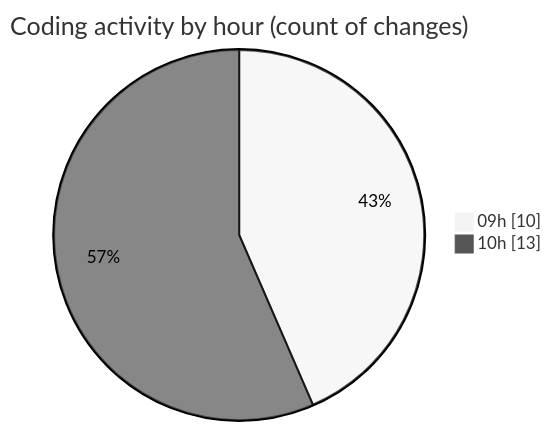
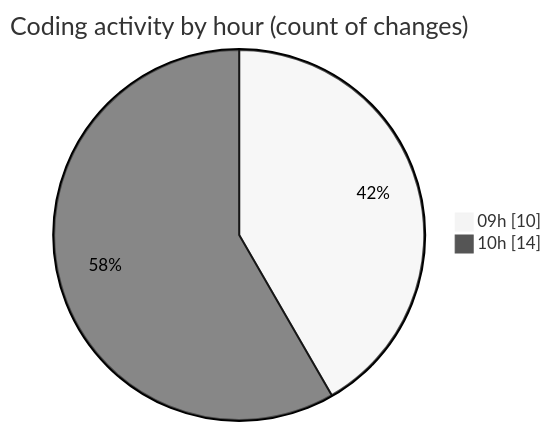
Before and after one commit to MatusMokan/code-tracking: the second of 2 diagrams in 2025-03-21/myws__workspace_/README.md, drawn with Mermaid (neutral theme). The commit also changed other lines of this file and 1 other file, not shown here.

````diff
--- a/2025-03-21/myws__workspace_/README.md
+++ b/2025-03-21/myws__workspace_/README.md
@@ -28,6 +28,6 @@
 ```mermaid
 pie showData
 title Coding activity by hour (count of changes)
 "09h" : 10
-"10h" : 13
+"10h" : 14
 ```
````
